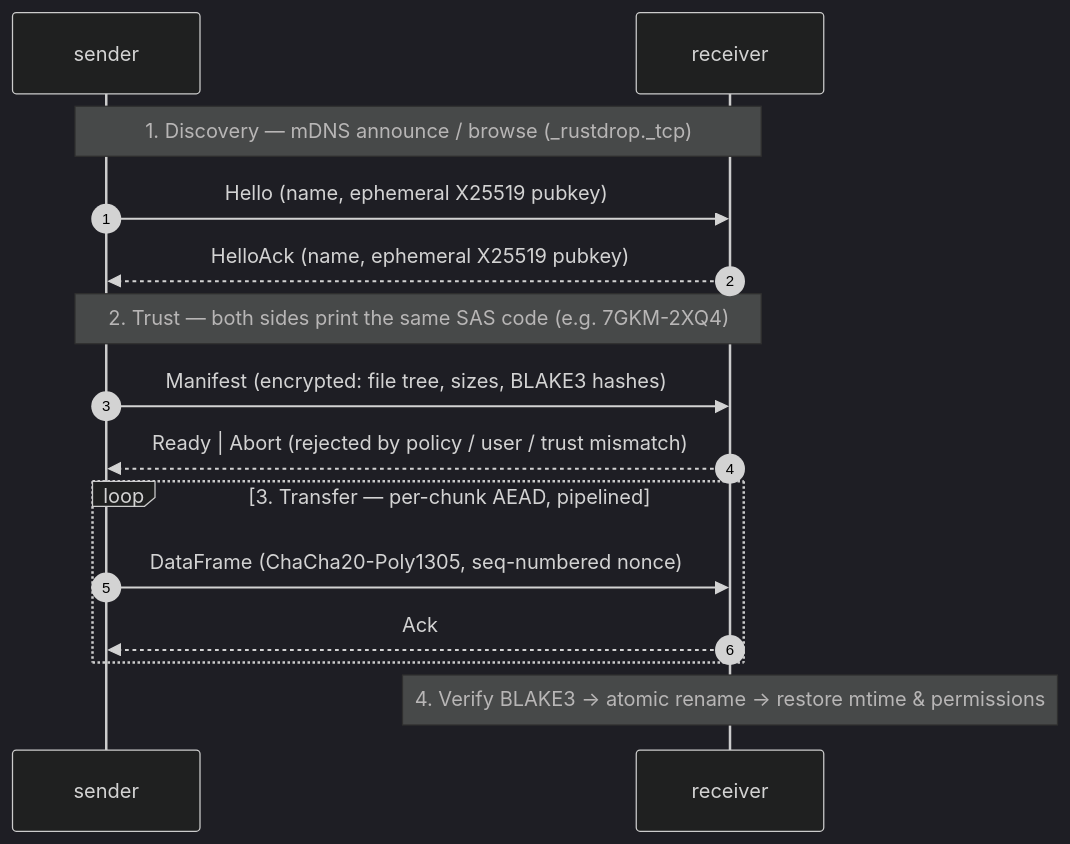
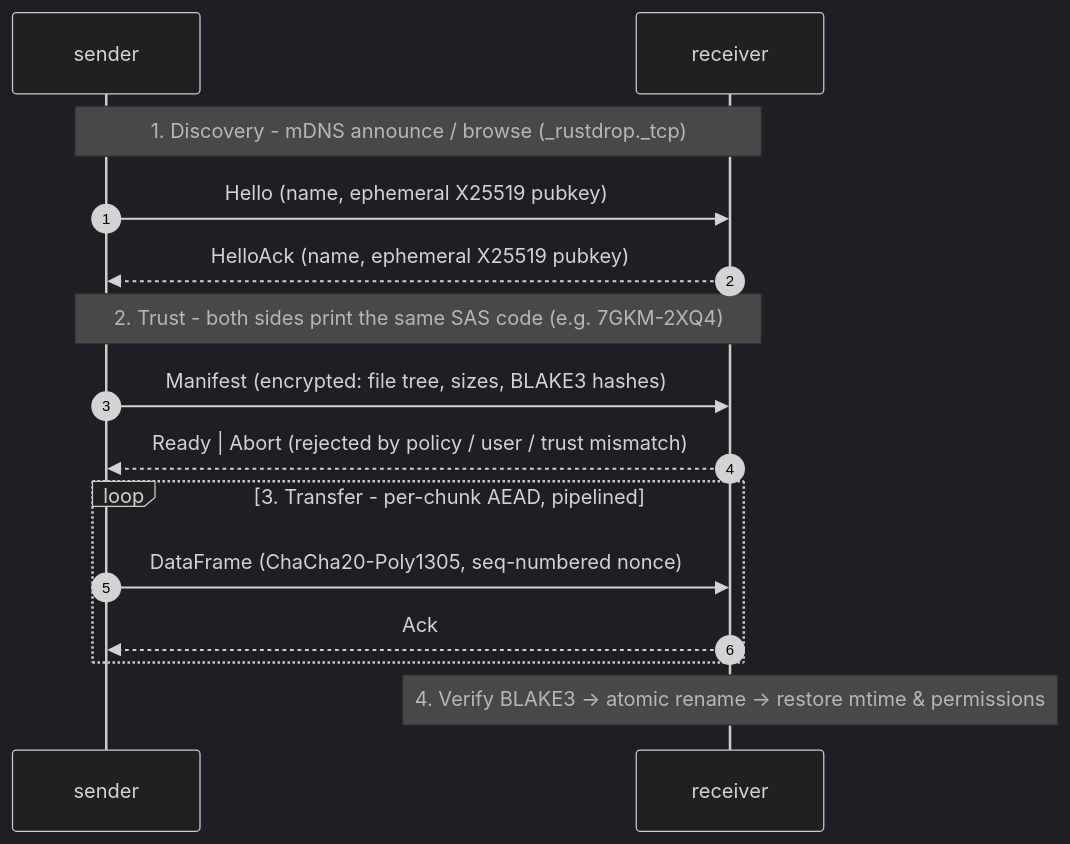
One commit to hakuxyz/rustdrop changed the first of 2 diagrams in README.md. Above: the diagram before and after it, drawn with Mermaid (dark theme). The commit also changed other lines of this file and 1 other file, not shown here.

````diff
--- a/README.md
+++ b/README.md
@@ -192,18 +192,18 @@
 ```mermaid
 sequenceDiagram
     autonumber
     participant S as sender
     participant R as receiver
 
-    Note over S,R: 1. Discovery — mDNS announce / browse (_rustdrop._tcp)
+    Note over S,R: 1. Discovery - mDNS announce / browse (_rustdrop._tcp)
     S->>R: Hello (name, ephemeral X25519 pubkey)
     R-->>S: HelloAck (name, ephemeral X25519 pubkey)
-    Note over S,R: 2. Trust — both sides print the same SAS code (e.g. 7GKM-2XQ4)
+    Note over S,R: 2. Trust - both sides print the same SAS code (e.g. 7GKM-2XQ4)
     S->>R: Manifest (encrypted: file tree, sizes, BLAKE3 hashes)
     R-->>S: Ready | Abort (rejected by policy / user / trust mismatch)
-    loop 3. Transfer — per-chunk AEAD, pipelined
+    loop 3. Transfer - per-chunk AEAD, pipelined
         S->>R: DataFrame (ChaCha20-Poly1305, seq-numbered nonce)
         R-->>S: Ack
     end
     Note over R: 4. Verify BLAKE3 → atomic rename → restore mtime & permissions
 ```
````
